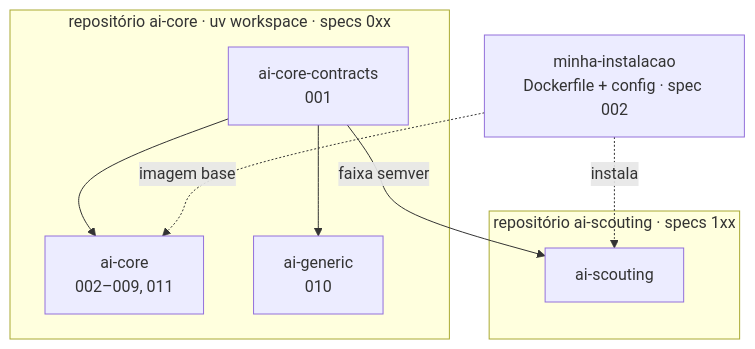
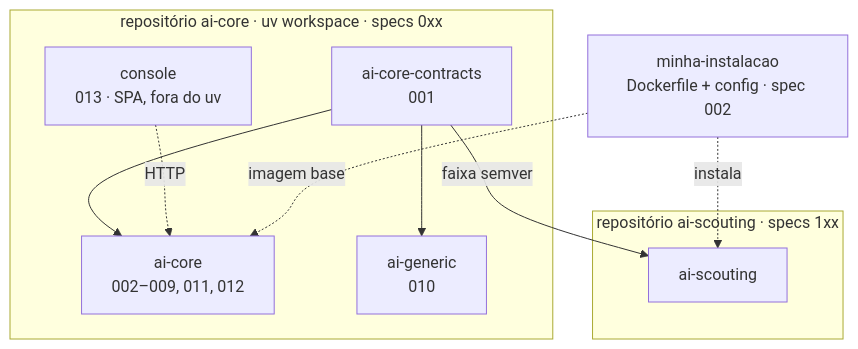
Before and after one commit to CaioFerreiraB/axon: the third of 4 diagrams in specs/README.md, drawn with Mermaid. The commit also changed other lines of this file and 80 other files, not shown here.

````diff
--- a/specs/README.md
+++ b/specs/README.md
@@ -139,19 +149,21 @@
 ```mermaid
 flowchart TD
     subgraph RCORE["repositório ai-core · uv workspace · specs 0xx"]
         C[ai-core-contracts<br/>001]
-        CORE[ai-core<br/>002–009, 011]
+        CORE[ai-core<br/>002–009, 011, 012]
         GEN[ai-generic<br/>010]
+        CON[console<br/>013 · SPA, fora do uv]
         C --> CORE
         C --> GEN
+        CON -.HTTP.-> CORE
     end
 
     subgraph RSCT["repositório ai-scouting · specs 1xx"]
         SCT[ai-scouting]
     end
 
     C -->|faixa semver| SCT
 
     DEPLOY[minha-instalacao<br/>Dockerfile + config · spec 002] -.imagem base.-> CORE
     DEPLOY -.instala.-> SCT
 ```
````
